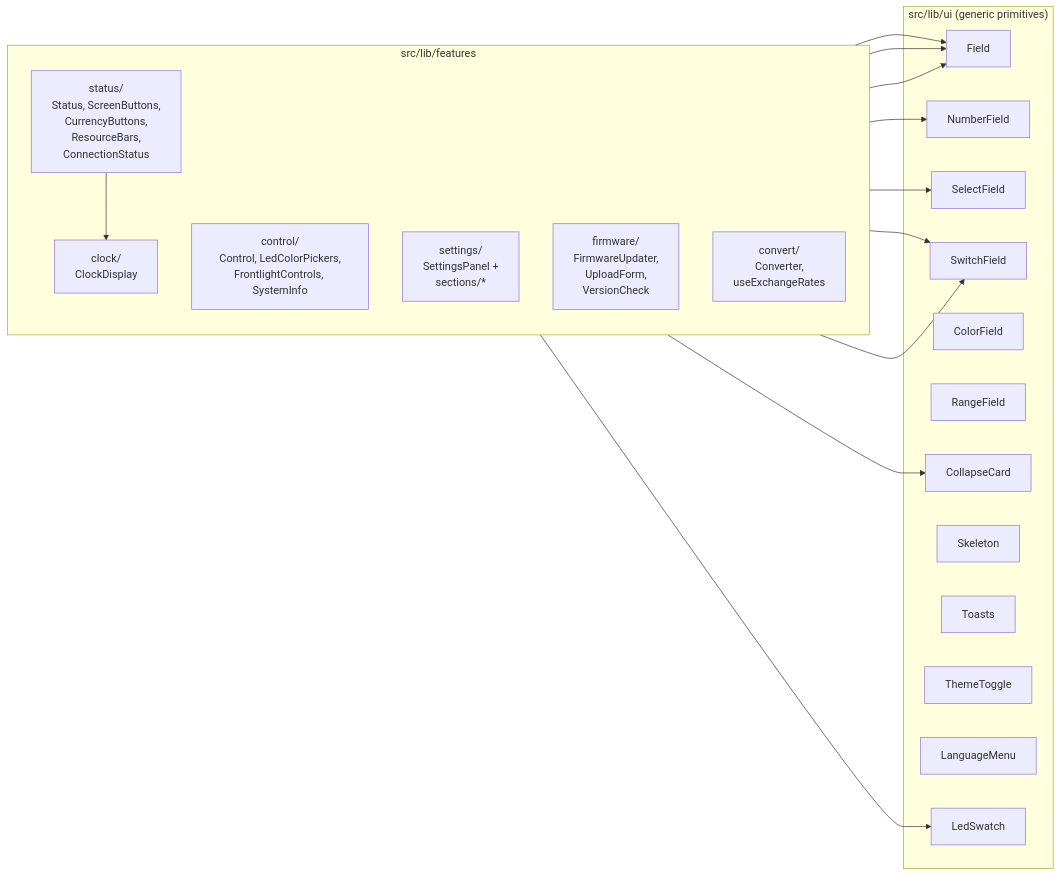
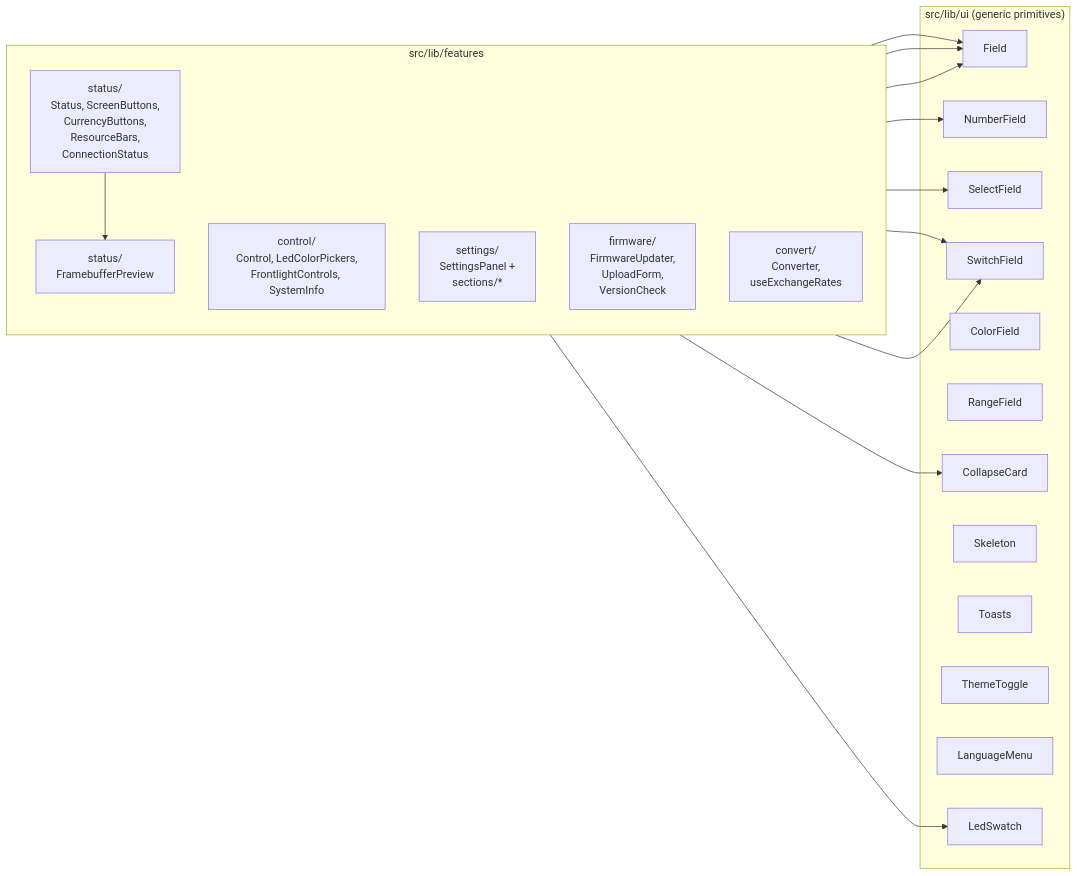
The fifth of 5 diagrams in doc/ARCHITECTURE.md (zaptime-it/webui), drawn with Mermaid before and after one commit. The commit also changed 14 other files, not shown here.

First line of the commit message:
feat(status): replace ClockDisplay with websocket canvas renderer

````diff
--- a/doc/ARCHITECTURE.md
+++ b/doc/ARCHITECTURE.md
@@ -157,38 +157,38 @@
 ```mermaid
 flowchart LR
 	subgraph "src/lib/ui (generic primitives)"
 		Field
 		NumberField
 		SelectField
 		SwitchField
 		ColorField
 		RangeField
 		CollapseCard
 		Skeleton
 		Toasts
 		ThemeToggle
 		LanguageMenu
 		LedSwatch
 	end
 
 	subgraph "src/lib/features"
 		direction TB
-		clock["clock/<br/>ClockDisplay"]
+		preview["status/<br/>FramebufferPreview"]
 		control["control/<br/>Control, LedColorPickers,<br/>FrontlightControls, SystemInfo"]
 		statusF["status/<br/>Status, ScreenButtons,<br/>CurrencyButtons,<br/>ResourceBars,<br/>ConnectionStatus"]
 		settings["settings/<br/>SettingsPanel +<br/>sections/*"]
 		firmware["firmware/<br/>FirmwareUpdater,<br/>UploadForm,<br/>VersionCheck"]
 		convert["convert/<br/>Converter,<br/>useExchangeRates"]
 	end
 
 	settings --> SwitchField
 	settings --> NumberField
 	settings --> SelectField
 	settings --> Field
 	settings --> CollapseCard
 	control --> Field
 	control --> SwitchField
 	statusF --> LedSwatch
-	statusF --> clock
+	statusF --> preview
 	firmware --> Field
 ```
````
